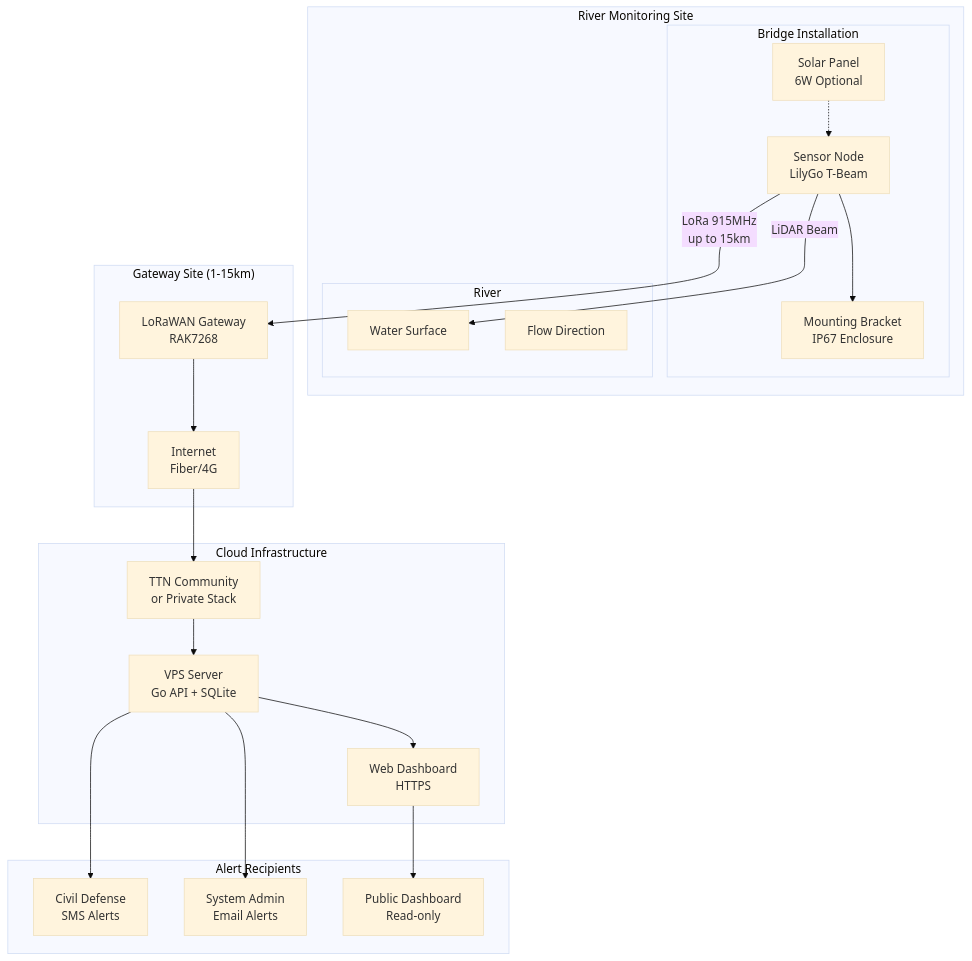
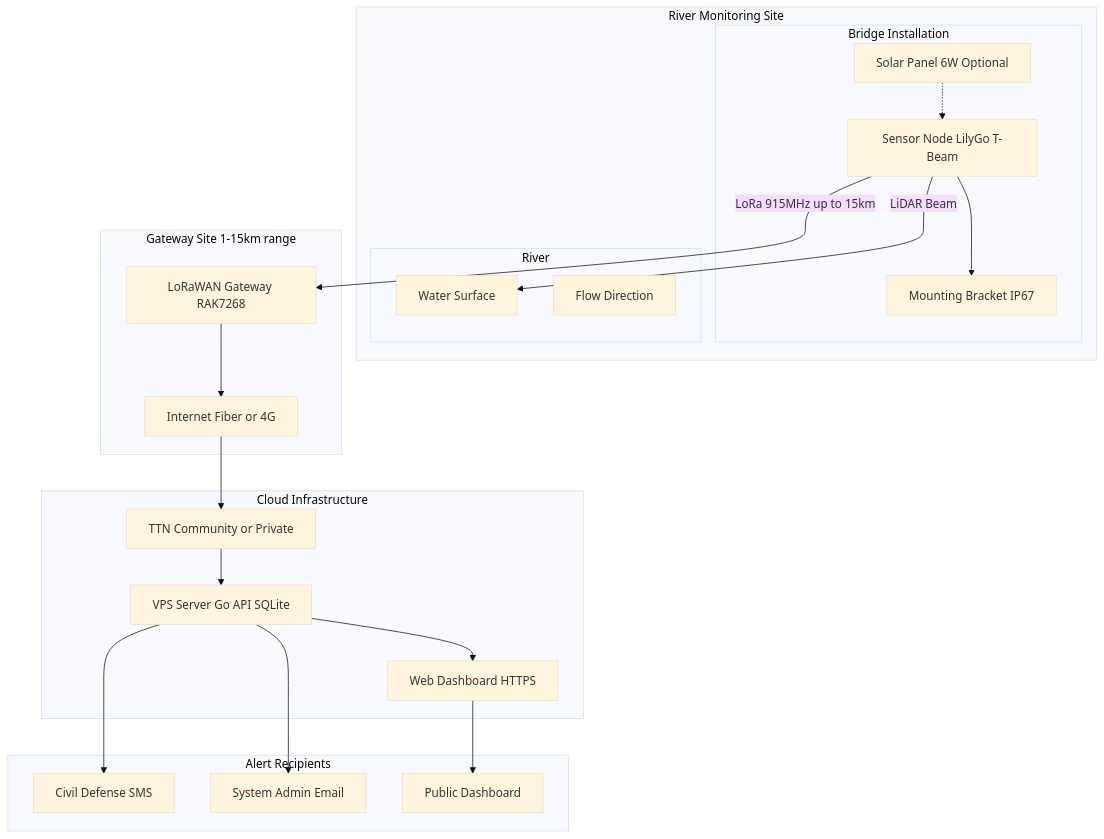
Before and after one commit to Klausdk1999/lora-modules: the tenth of 10 diagrams in docs/architecture-diagrams.md, drawn with Mermaid (base theme). The commit also changed other lines of this file, not shown here.

First line of the commit message:
Refactor architecture diagrams for clarity and consistency

````diff
--- a/docs/architecture-diagrams.md
+++ b/docs/architecture-diagrams.md
@@ -492,44 +459,44 @@
 ```mermaid
 graph TB
-    subgraph "River Monitoring Site"
-        subgraph "Bridge Installation"
-            NODE1[Sensor Node<br/>LilyGo T-Beam]
-            MOUNT[Mounting Bracket<br/>IP67 Enclosure]
-            PANEL[Solar Panel<br/>6W Optional]
+    subgraph RiverSite[River Monitoring Site]
+        subgraph BridgeInstall[Bridge Installation]
+            NODE1[Sensor Node LilyGo T-Beam]
+            MOUNT[Mounting Bracket IP67]
+            PANEL[Solar Panel 6W Optional]
         end
 
-        subgraph "River"
+        subgraph River[River]
             WATER[Water Surface]
             FLOW[Flow Direction]
         end
     end
 
-    subgraph "Gateway Site (1-15km)"
-        GW_SITE[LoRaWAN Gateway<br/>RAK7268]
-        INET[Internet<br/>Fiber/4G]
+    subgraph GatewaySite[Gateway Site 1-15km range]
+        GW_SITE[LoRaWAN Gateway RAK7268]
+        INET[Internet Fiber or 4G]
     end
 
-    subgraph "Cloud Infrastructure"
-        TTN_CLOUD[TTN Community<br/>or Private Stack]
-        VPS[VPS Server<br/>Go API + SQLite]
-        WEB[Web Dashboard<br/>HTTPS]
+    subgraph CloudInfra[Cloud Infrastructure]
+        TTN_CLOUD[TTN Community or Private]
+        VPS[VPS Server Go API SQLite]
+        WEB[Web Dashboard HTTPS]
     end
 
-    subgraph "Alert Recipients"
-        CIVIL[Civil Defense<br/>SMS Alerts]
-        ADMIN[System Admin<br/>Email Alerts]
-        PUBLIC[Public Dashboard<br/>Read-only]
+    subgraph AlertRecipients[Alert Recipients]
+        CIVIL[Civil Defense SMS]
+        ADMIN[System Admin Email]
+        PUBLIC[Public Dashboard]
     end
 
     NODE1 -->|LiDAR Beam| WATER
     PANEL -.-> NODE1
     NODE1 --> MOUNT
-    NODE1 -->|LoRa 915MHz<br/>up to 15km| GW_SITE
+    NODE1 -->|LoRa 915MHz up to 15km| GW_SITE
     GW_SITE --> INET
     INET --> TTN_CLOUD
     TTN_CLOUD --> VPS
     VPS --> WEB
     VPS --> CIVIL
     VPS --> ADMIN
     WEB --> PUBLIC
 ```
````
